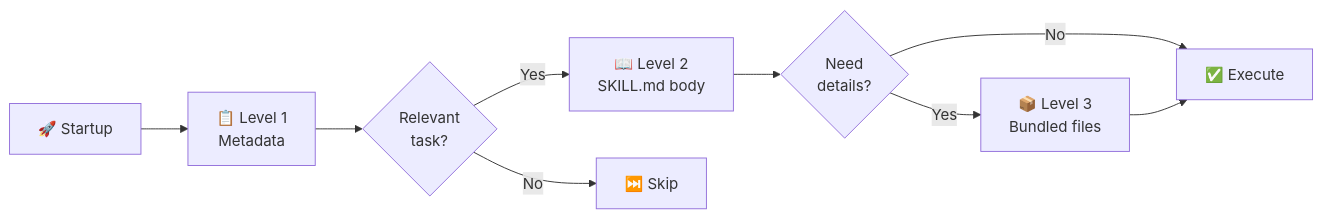
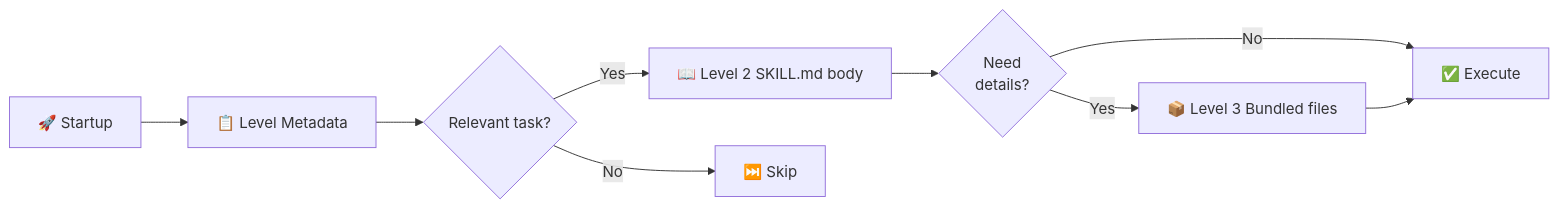
Before and after one commit to GraniLuk/Presentations: the first of 7 diagrams in 3_Skills/Skills-Presentation.md, drawn with Mermaid. The commit also changed other lines of this file, not shown here.

Commit message:
upgrades

````diff
--- a/3_Skills/Skills-Presentation.md
+++ b/3_Skills/Skills-Presentation.md
@@ -161,11 +160,11 @@
 ```mermaid
 flowchart LR
-    A[🚀 Startup] --> B[📋 Level 1\nMetadata]
-    B --> C{Relevant\ntask?}
-    C -->|Yes| D[📖 Level 2\nSKILL.md body]
+    A[🚀 Startup] --> B[📋 Level Metadata]
+    B --> C{Relevant task?}
+    C -->|Yes| D[📖 Level 2 SKILL.md body]
     D --> E{Need\ndetails?}
-    E -->|Yes| F[📦 Level 3\nBundled files]
+    E -->|Yes| F[📦 Level 3 Bundled files]
     C -->|No| G[⏭️ Skip]
     E -->|No| H[✅ Execute]
     F --> H
 ```
````
